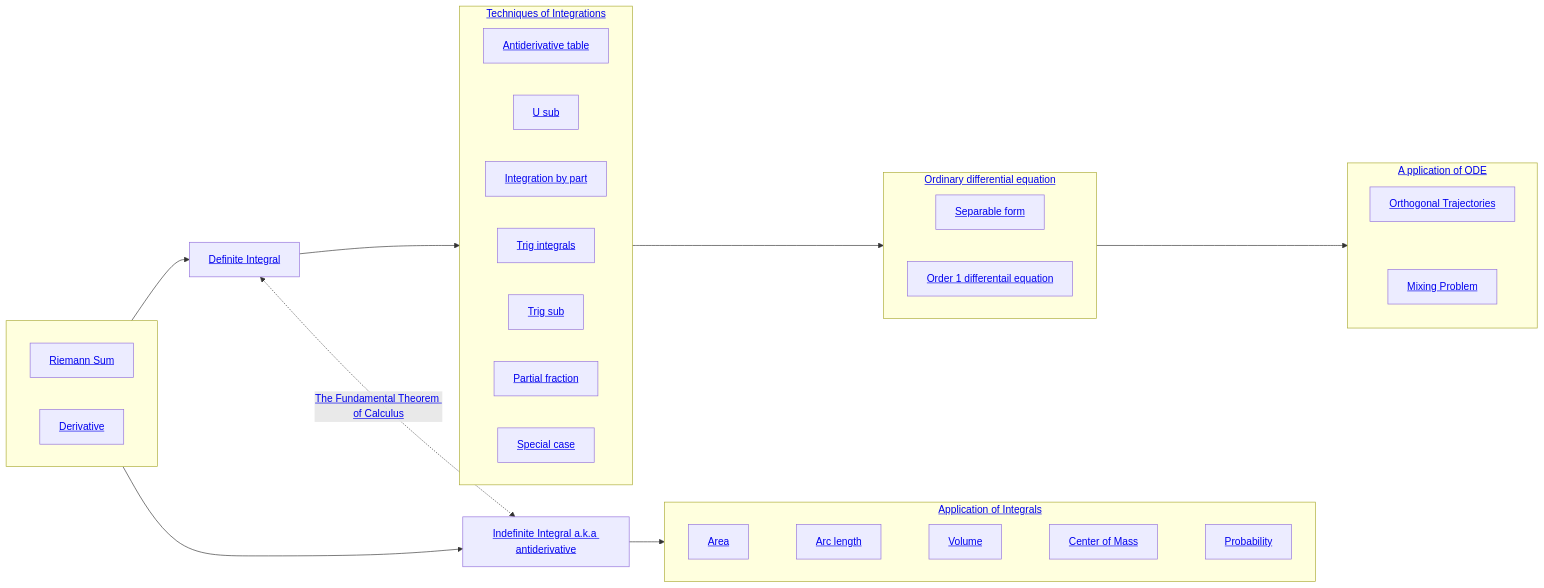
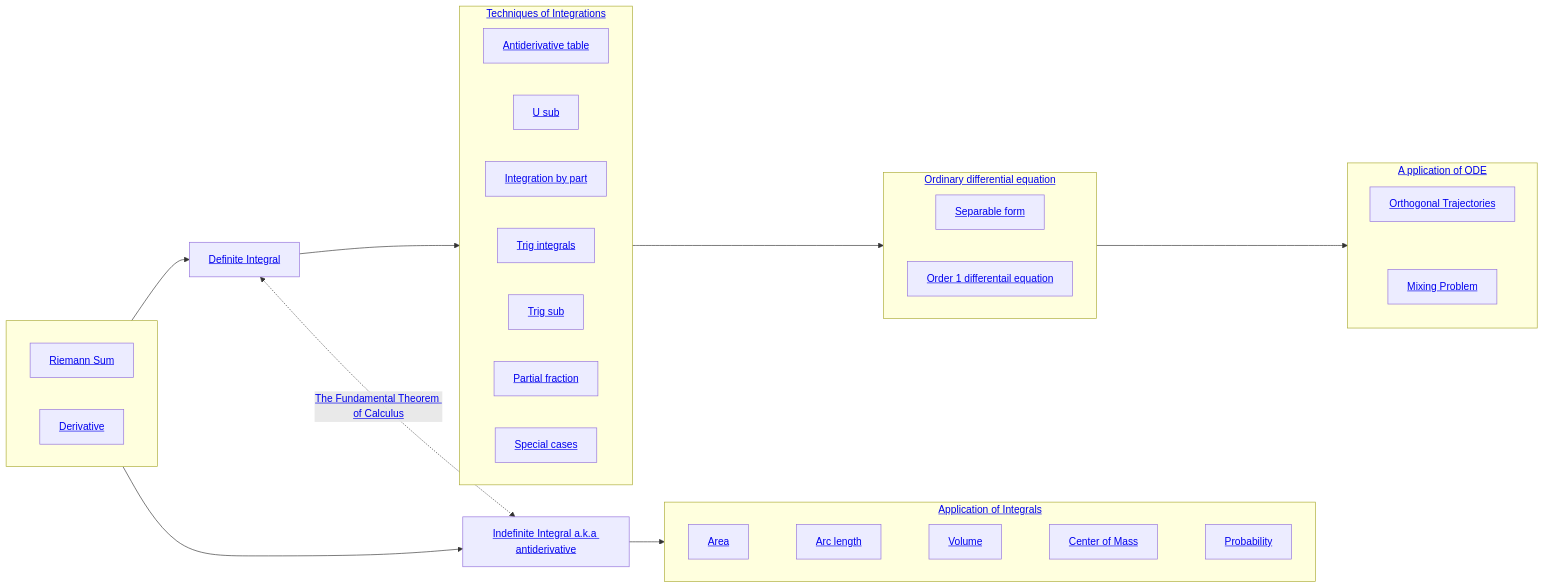
One commit to junwenwaynepeng/junwenwaynepeng.github.io changed the diagram in _posts/2023-12-11-Calculus-2-overview.md. Above: the diagram before and after it, drawn with Mermaid. The commit also changed 1 other file, not shown here.

````diff
--- a/_posts/2023-12-11-Calculus-2-overview.md
+++ b/_posts/2023-12-11-Calculus-2-overview.md
@@ -12,58 +12,58 @@
 ```mermaid
 %%{init: {"flowchart":{"useMaxWidth": 0}}}%%
 flowchart LR;
 RiemannSum[<a href='../books/calculus/4-definite-and-indefinite-integral/#riemann-sum'>Riemann Sum</a>];
 Derivative[<a href='#'>Derivative</a>];
 DefiniteIntegral[<a href='../books/calculus/4-definite-and-indefinite-integral/#definition-of-indefinite-integral'>Definite Integral</a>];
 IndefiniteIntegral[<a href='../books/calculus/4-definite-and-indefinite-integral/#definition-of-indefinite-integral-aka-antiderivatives'>Indefinite Integral a.k.a antiderivative</a>];
 AntiderivativeTable[<a href='#'>Antiderivative table</a>];
 USub[<a href='#'>U sub</a>];
 IBP[<a href='#'>Integration by part</a>];
 TrigIntegral[<a href='#'>Trig integrals</a>];
 TrigSub[<a href='#'>Trig sub</a>];
 PF[<a href='#'>Partial fraction</a>];
-SC[<a href='#'>Special case</a>];
+SC[<a href='#'>Special cases</a>];
 Area[<a href='#'>Area</a>];
 ArcLength[<a href='#'>Arc length</a>];
 Volume[<a href='#'>Volume</a>];
 CenterOfMass[<a href='#'>Center of Mass</a>];
 Probability[<a href='#'>Probability</a>];
 SeparableForm[<a href='#'>Separable form</a>];
 Order1DiffEq[<a href='#'>Order 1 differentail equation</a>];
 OrthTraj[<a href='#'>Orthogonal Trajectories</a>]
 MixingProblem[<a href='#'>Mixing Problem</a>]
 subgraph TechOfIntegration [<a href='#'>Techniques of Integrations</a>];
     direction LR
     AntiderivativeTable;
     USub;
     IBP;
     TrigIntegral;
     TrigSub;
     PF;
     SC;
 end;
 subgraph AppOfIntegral [<a href='#'>Application of Integrals</a>];
     direction LR
     Area~~~ArcLength~~~Volume~~~CenterOfMass~~~Probability;
 end;
 subgraph ODE [<a href='#'>Ordinary differential equation</a>];
     direction LR
     SeparableForm
     Order1DiffEq
 end;
 subgraph AppOfODE [<a href='#'>A pplication of ODE</a>];
     direction TB
     OrthTraj~~~MixingProblem
 end;
 subgraph align[" "];
     direction LR
     Derivative;
     RiemannSum;
 end;
 RiemannSum-->DefiniteIntegral;
 Derivative-->IndefiniteIntegral;
 DefiniteIntegral<-.->|<a href='#'>The Fundamental Theorem of Calculus</a>|IndefiniteIntegral;
 IndefiniteIntegral-->AppOfIntegral;
 DefiniteIntegral-->TechOfIntegration;
 TechOfIntegration-->ODE-->AppOfODE;
 ```
````
